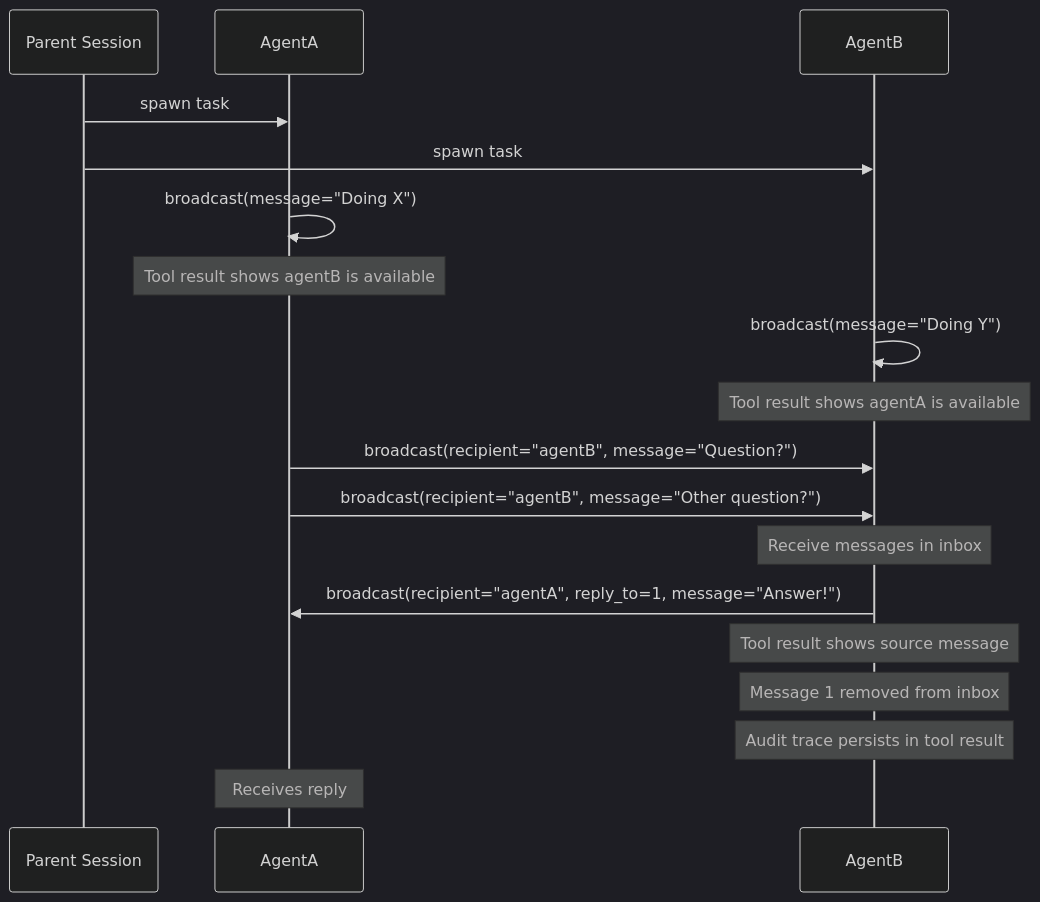
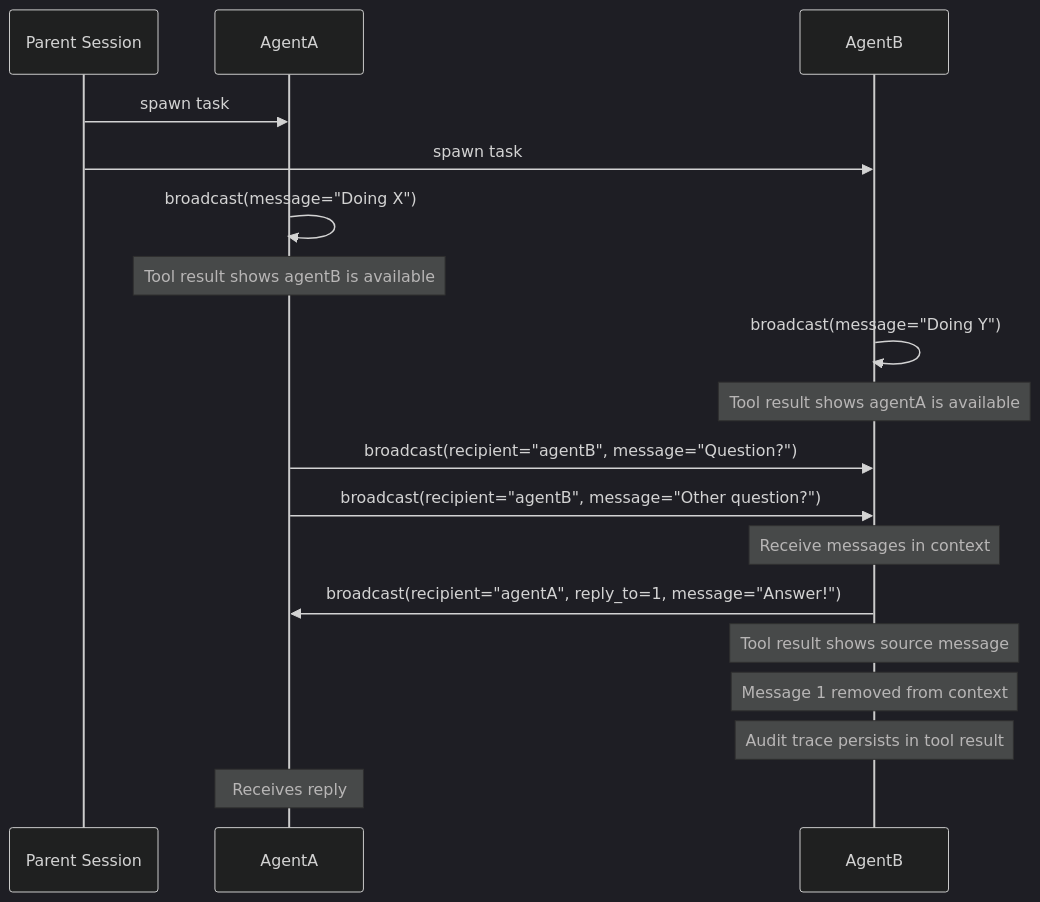
Before and after one commit to spoons-and-mirrors/iam: the diagram in README.md, drawn with Mermaid (dark theme).

````diff
--- a/README.md
+++ b/README.md
@@ -11,27 +11,27 @@
 ```mermaid
 sequenceDiagram
     participant Parent as Parent Session
     participant A as AgentA
     participant B as AgentB
 
     Parent->>A: spawn task
     Parent->>B: spawn task
 
     A->>A: broadcast(message="Doing X")
     Note over A: Tool result shows agentB is available
 
     B->>B: broadcast(message="Doing Y")
     Note over B: Tool result shows agentA is available
 
     A->>B: broadcast(recipient="agentB", message="Question?")
     A->>B: broadcast(recipient="agentB", message="Other question?")
 
-    Note over B: Receive messages in inbox
+    Note over B: Receive messages in context
 
     B->>A: broadcast(recipient="agentA", reply_to=1, message="Answer!")
     Note over B: Tool result shows source message
-    Note over B: Message 1 removed from inbox
+    Note over B: Message 1 removed from context
     Note over B: Audit trace persists in tool result
 
     Note over A: Receives reply
 ```
````
